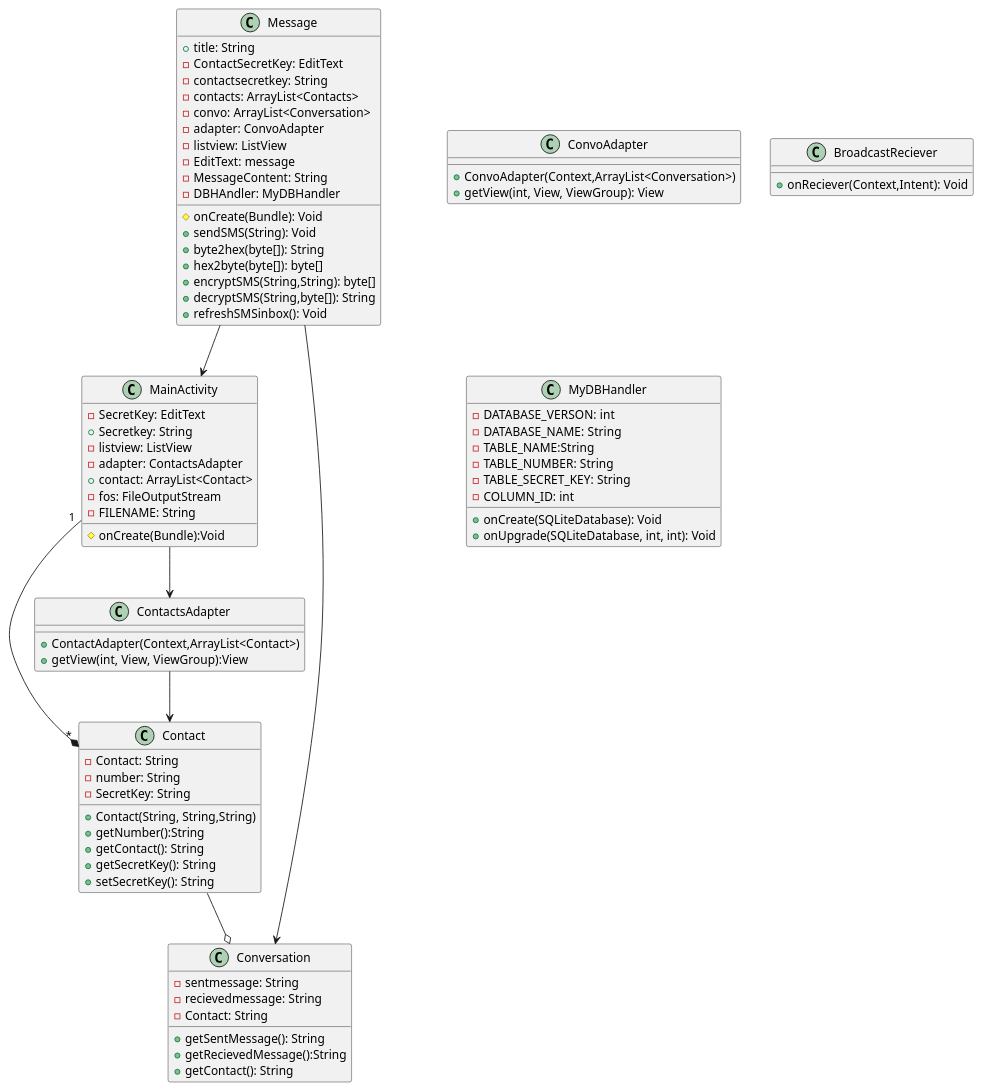
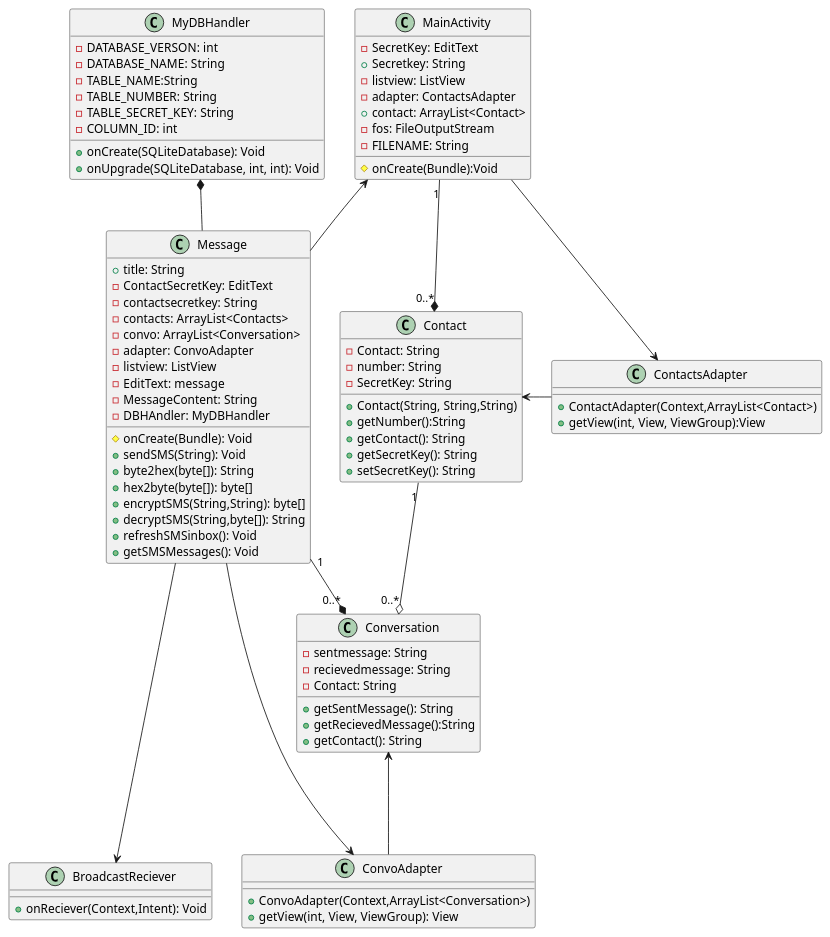
The diagram in app/src/main/java/com/example/elija/sms/DesignClassDiagram.puml (eahunt93/CSI3370), drawn with PlantUML before and after one commit. The commit also changed 8 other files, not shown here.

Commit message:
internal storage working UML SQLite Working

```diff
--- a/app/src/main/java/com/example/elija/sms/DesignClassDiagram.puml
+++ b/app/src/main/java/com/example/elija/sms/DesignClassDiagram.puml
@@ -8,95 +8,102 @@
 @startuml
 
 class MainActivity
 class Message
 class Conversation
 Class Contact
 Class ContactsAdapter
 Class ConvoAdapter
 Class BroadcastReciever
 Class MyDBHandler
 
-MainActivity"1" -*"*" Contact
-MainActivity --> ContactsAdapter
-ContactsAdapter --> Contact
-Contact--o Conversation
-Message --> MainActivity
-Message->Conversation
+MainActivity <- Message
+MainActivity "1" --* "0..*" Contact
+MainActivity -> ContactsAdapter
+Message "1"--* "0..*"Conversation
+Message --> ConvoAdapter
+Message ----> BroadcastReciever
+Contact "1" --o "0..*" Conversation
+MyDBHandler *-- Message
+Contact <-ContactsAdapter
+Conversation <--- ConvoAdapter
+
+
 
 
 
 class MainActivity{
 -SecretKey: EditText
 +Secretkey: String
 -listview: ListView
 -adapter: ContactsAdapter
 +contact: ArrayList<Contact>
 -fos: FileOutputStream
 -FILENAME: String
 #onCreate(Bundle):Void
 }
 Class Message{
 +title: String
 -ContactSecretKey: EditText
 -contactsecretkey: String
 -contacts: ArrayList<Contacts>
 -convo: ArrayList<Conversation>
 -adapter: ConvoAdapter
 -listview: ListView
 -EditText: message
 -MessageContent: String
 -DBHAndler: MyDBHandler
 #onCreate(Bundle): Void
 +sendSMS(String): Void
 +byte2hex(byte[]): String
 +hex2byte(byte[]): byte[]
 +encryptSMS(String,String): byte[]
 +decryptSMS(String,byte[]): String
 +refreshSMSinbox(): Void
++getSMSMessages(): Void
 }
 
 Class Conversation{
 -sentmessage: String
 -recievedmessage: String
 -Contact: String
 +getSentMessage(): String
 +getRecievedMessage():String
 +getContact(): String
 }
 Class ConvoAdapter{
 +ConvoAdapter(Context,ArrayList<Conversation>)
 +getView(int, View, ViewGroup): View
 }
 Class ContactsAdapter{
 +ContactAdapter(Context,ArrayList<Contact>)
 +getView(int, View, ViewGroup):View
 }
 Class Contact{
 -Contact: String
 -number: String
 -SecretKey: String
 +Contact(String, String,String)
 +getNumber():String
 +getContact(): String
 +getSecretKey(): String
 +setSecretKey(): String
 }
 Class BroadcastReciever{
 +onReciever(Context,Intent): Void
 }
 Class MyDBHandler{
 -DATABASE_VERSON: int
 -DATABASE_NAME: String
 -TABLE_NAME:String
 -TABLE_NUMBER: String
 -TABLE_SECRET_KEY: String
 -COLUMN_ID: int
 +onCreate(SQLiteDatabase): Void
 +onUpgrade(SQLiteDatabase, int, int): Void
 
 
 
 }
 
 
 @enduml
```
